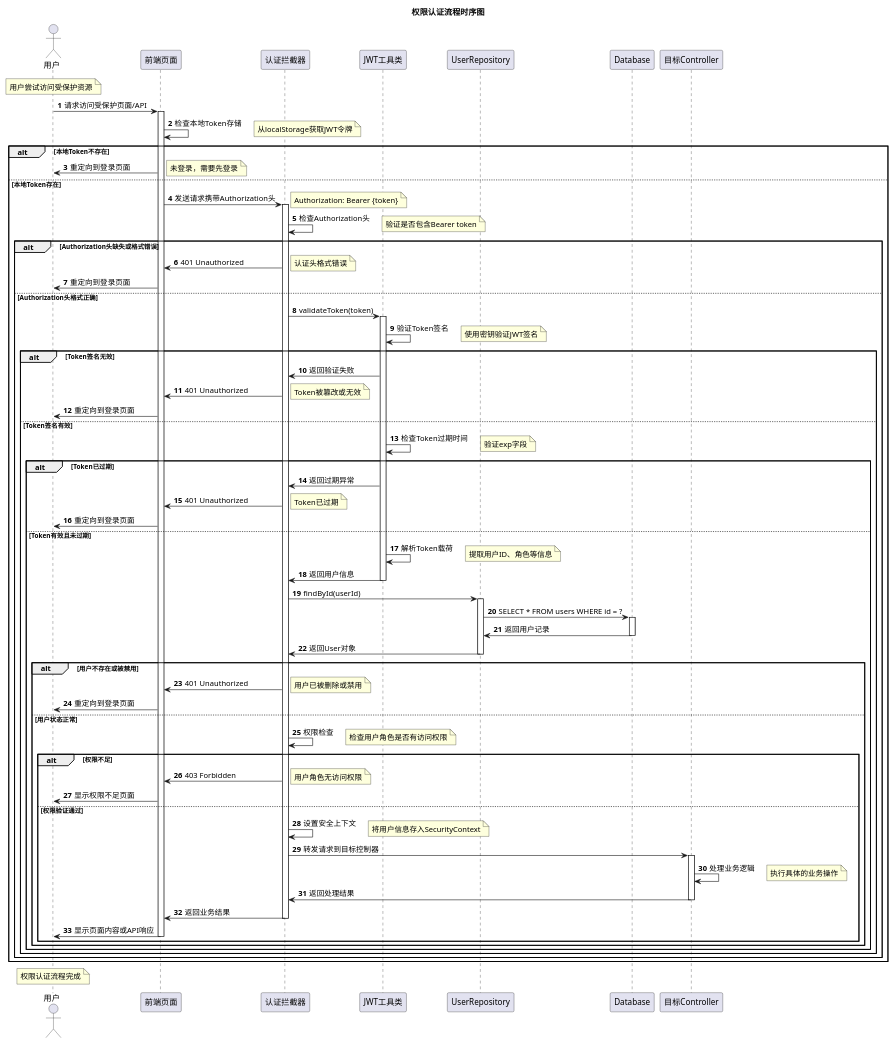
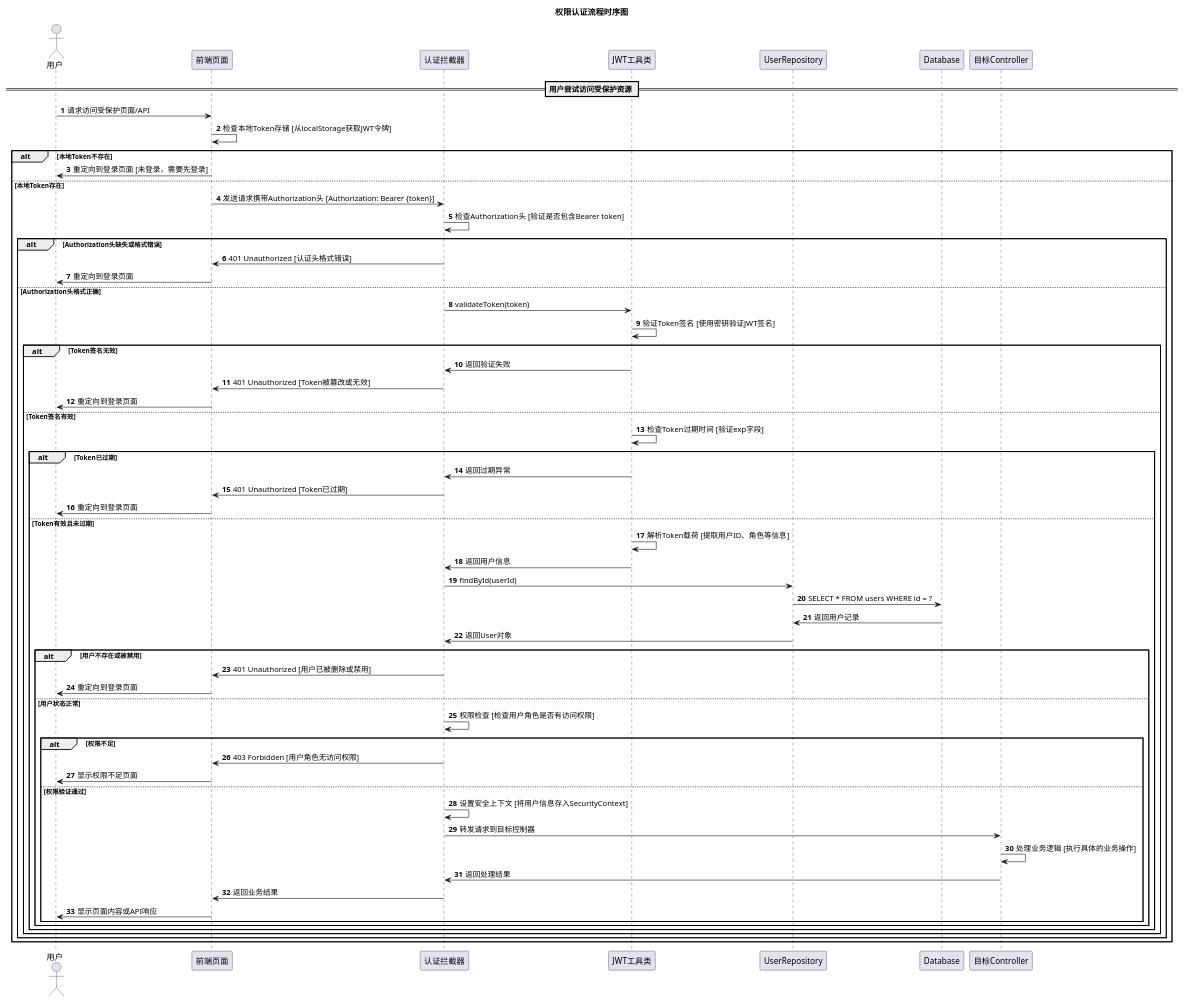
The diagram in diagram/类图和时序图/详细功能时序图/通用模块/03_权限认证时序图.puml (lingxiao001/CourseSchedule), drawn with PlantUML before and after one commit. The commit also changed 95 other files, not shown here.

Commit message:
draw many many diagram

```diff
--- a/diagram/类图和时序图/详细功能时序图/通用模块/03_权限认证时序图.puml
+++ b/diagram/类图和时序图/详细功能时序图/通用模块/03_权限认证时序图.puml
@@ -1,115 +1,74 @@
 @startuml 权限认证时序图
 title 权限认证流程时序图
 
 actor 用户 as U
 participant "前端页面" as FP
 participant "认证拦截器" as AI
 participant "JWT工具类" as JWT
 participant "UserRepository" as UR
 participant "Database" as DB
 participant "目标Controller" as TC
 
 autonumber
 
-note over U: 用户尝试访问受保护资源
-
+== 用户尝试访问受保护资源 ==
 U -> FP: 请求访问受保护页面/API
-activate FP
-
-FP -> FP: 检查本地Token存储
-note right: 从localStorage获取JWT令牌
+FP -> FP: 检查本地Token存储 [从localStorage获取JWT令牌]
 
 alt 本地Token不存在
-    FP -> U: 重定向到登录页面
-    note right: 未登录，需要先登录
+    FP -> U: 重定向到登录页面 [未登录，需要先登录]
 else 本地Token存在
-    FP -> AI: 发送请求携带Authorization头
-    activate AI
-    note right: Authorization: Bearer {token}
-    
-    AI -> AI: 检查Authorization头
-    note right: 验证是否包含Bearer token
+    FP -> AI: 发送请求携带Authorization头 [Authorization: Bearer {token}]
+    AI -> AI: 检查Authorization头 [验证是否包含Bearer token]
     
     alt Authorization头缺失或格式错误
-        AI -> FP: 401 Unauthorized
-        note right: 认证头格式错误
+        AI -> FP: 401 Unauthorized [认证头格式错误]
         FP -> U: 重定向到登录页面
     else Authorization头格式正确
         AI -> JWT: validateToken(token)
-        activate JWT
-        
-        JWT -> JWT: 验证Token签名
-        note right: 使用密钥验证JWT签名
+        JWT -> JWT: 验证Token签名 [使用密钥验证JWT签名]
         
         alt Token签名无效
             JWT -> AI: 返回验证失败
-            AI -> FP: 401 Unauthorized
-            note right: Token被篡改或无效
+            AI -> FP: 401 Unauthorized [Token被篡改或无效]
             FP -> U: 重定向到登录页面
         else Token签名有效
-            JWT -> JWT: 检查Token过期时间
-            note right: 验证exp字段
+            JWT -> JWT: 检查Token过期时间 [验证exp字段]
             
             alt Token已过期
                 JWT -> AI: 返回过期异常
-                AI -> FP: 401 Unauthorized
-                note right: Token已过期
+                AI -> FP: 401 Unauthorized [Token已过期]
                 FP -> U: 重定向到登录页面
             else Token有效且未过期
-                JWT -> JWT: 解析Token载荷
-                note right: 提取用户ID、角色等信息
-                
+                JWT -> JWT: 解析Token载荷 [提取用户ID、角色等信息]
                 JWT -> AI: 返回用户信息
-                deactivate JWT
                 
                 AI -> UR: findById(userId)
-                activate UR
-                
                 UR -> DB: SELECT * FROM users WHERE id = ?
-                activate DB
                 DB -> UR: 返回用户记录
-                deactivate DB
-                
                 UR -> AI: 返回User对象
-                deactivate UR
                 
                 alt 用户不存在或被禁用
-                    AI -> FP: 401 Unauthorized
-                    note right: 用户已被删除或禁用
+                    AI -> FP: 401 Unauthorized [用户已被删除或禁用]
                     FP -> U: 重定向到登录页面
                 else 用户状态正常
-                    AI -> AI: 权限检查
-                    note right: 检查用户角色是否有访问权限
+                    AI -> AI: 权限检查 [检查用户角色是否有访问权限]
                     
                     alt 权限不足
-                        AI -> FP: 403 Forbidden
-                        note right: 用户角色无访问权限
+                        AI -> FP: 403 Forbidden [用户角色无访问权限]
                         FP -> U: 显示权限不足页面
                     else 权限验证通过
-                        AI -> AI: 设置安全上下文
-                        note right: 将用户信息存入SecurityContext
-                        
+                        AI -> AI: 设置安全上下文 [将用户信息存入SecurityContext]
                         AI -> TC: 转发请求到目标控制器
-                        activate TC
-                        
-                        TC -> TC: 处理业务逻辑
-                        note right: 执行具体的业务操作
-                        
+                        TC -> TC: 处理业务逻辑 [执行具体的业务操作]
                         TC -> AI: 返回处理结果
-                        deactivate TC
-                        
                         AI -> FP: 返回业务结果
-                        deactivate AI
-                        
                         FP -> U: 显示页面内容或API响应
-                        deactivate FP
                     end
                 end
             end
         end
     end
 end
 
-note over U: 权限认证流程完成
-
 @enduml 
```
